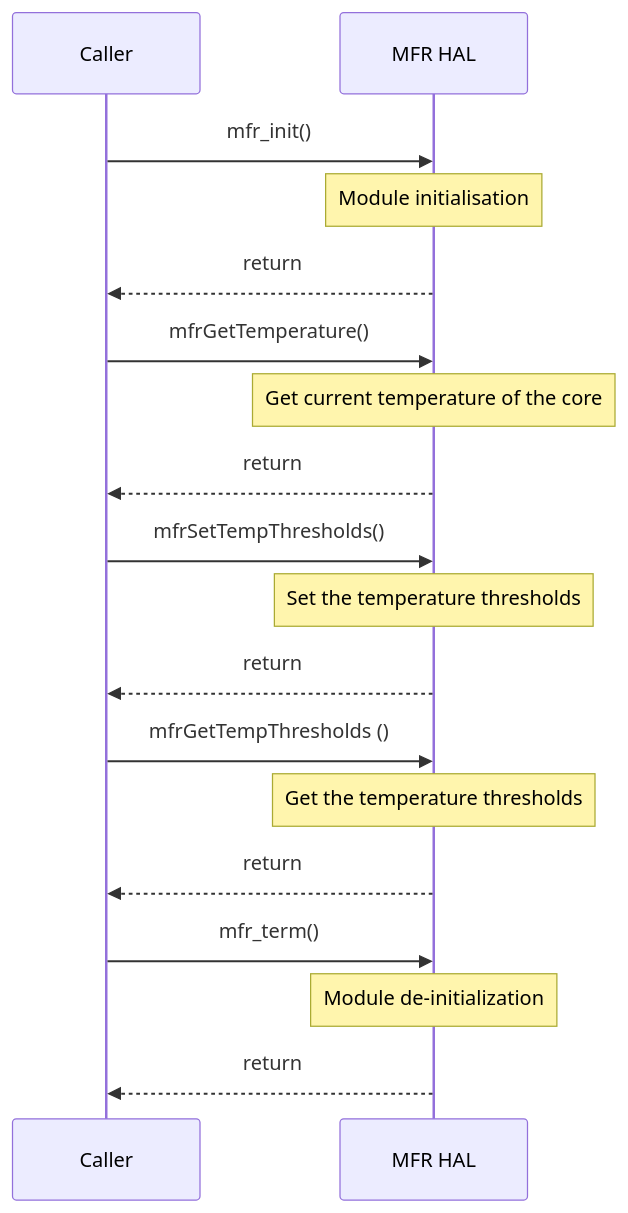
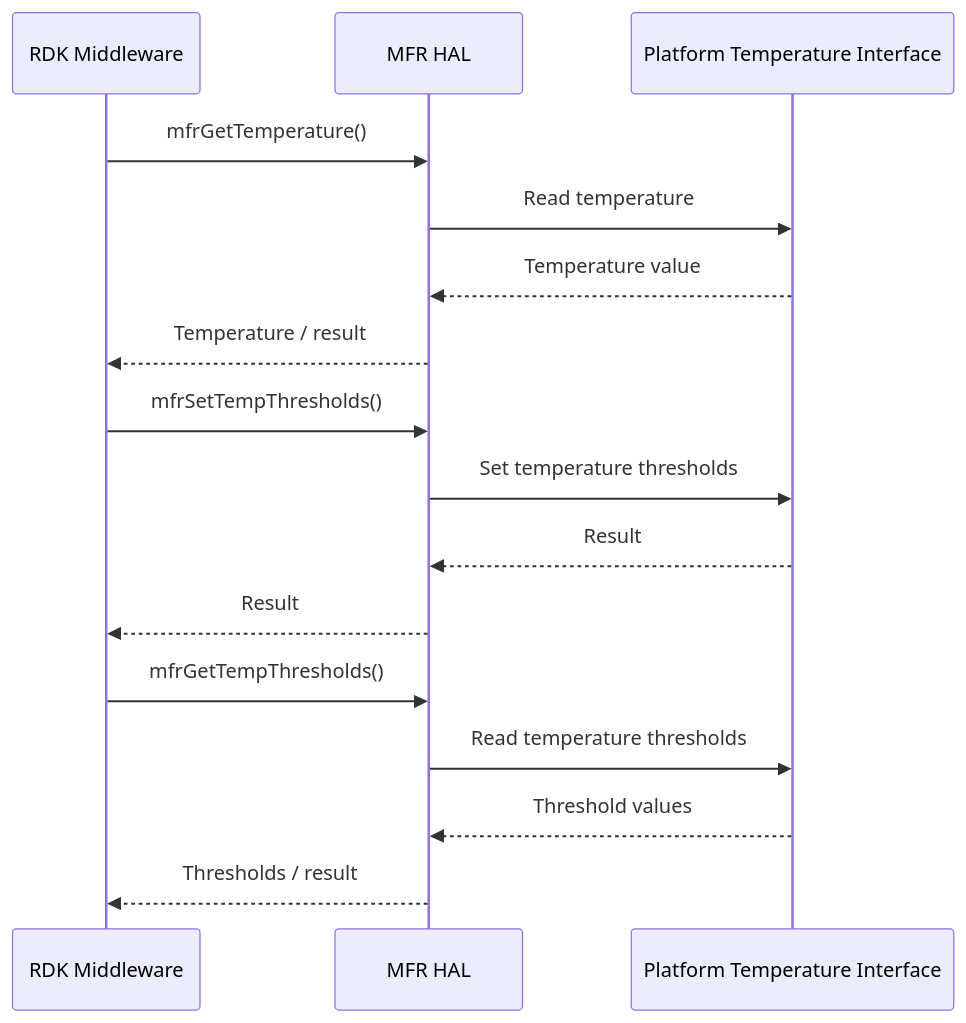
One commit to rdkcentral/rdk-halif-mfr changed the seventh of 9 diagrams in docs/pages/mfr_HalSpec.md. Above: the diagram before and after it, drawn with Mermaid. The commit also changed other lines of this file, not shown here.

Commit message:
Update mfr_HalSpec.md as per review comments

````diff
--- a/docs/pages/mfr_HalSpec.md
+++ b/docs/pages/mfr_HalSpec.md
@@ -280,21 +430,21 @@
 ```mermaid
-%%{ init : { "theme" : "default", "flowchart" : { "curve" : "stepBefore" }}}%%
-   sequenceDiagram
-    participant caller as Caller
+sequenceDiagram
+    participant Client as RDK Middleware
     participant HAL as MFR HAL
-    caller->>HAL:mfr_init()
-    Note over HAL: Module initialisation
-    HAL-->>caller:return
-    caller->>HAL:mfrGetTemperature()
-    Note over HAL: Get current temperature of the core
-    HAL-->>caller:return
-    caller->>HAL:mfrSetTempThresholds()
-    Note over HAL: Set the temperature thresholds
-    HAL-->>caller:return
-    caller->>HAL:mfrGetTempThresholds ()
-    Note over HAL: Get the temperature thresholds
-    HAL-->>caller:return
-    caller->>HAL:mfr_term()
-    Note over HAL: Module de-initialization
-    HAL-->>caller:return
- ```
+    participant Platform as Platform Temperature Interface
+
+    Client->>HAL: mfrGetTemperature()
+    HAL->>Platform: Read temperature
+    Platform-->>HAL: Temperature value
+    HAL-->>Client: Temperature / result
+
+    Client->>HAL: mfrSetTempThresholds()
+    HAL->>Platform: Set temperature thresholds
+    Platform-->>HAL: Result
+    HAL-->>Client: Result
+
+    Client->>HAL: mfrGetTempThresholds()
+    HAL->>Platform: Read temperature thresholds
+    Platform-->>HAL: Threshold values
+    HAL-->>Client: Thresholds / result
+```
````
